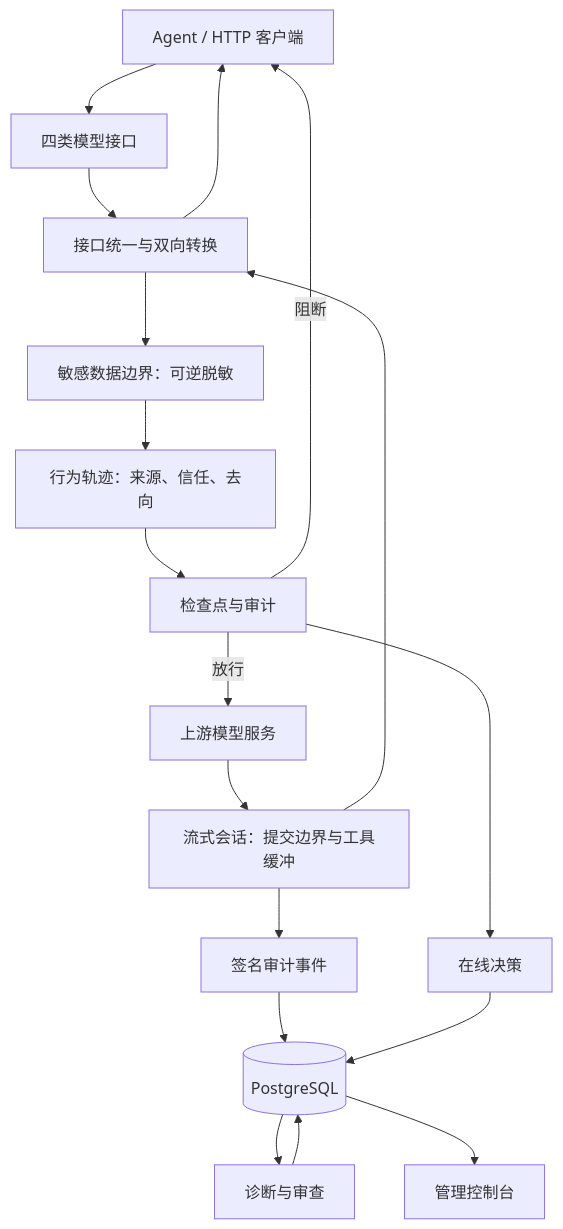
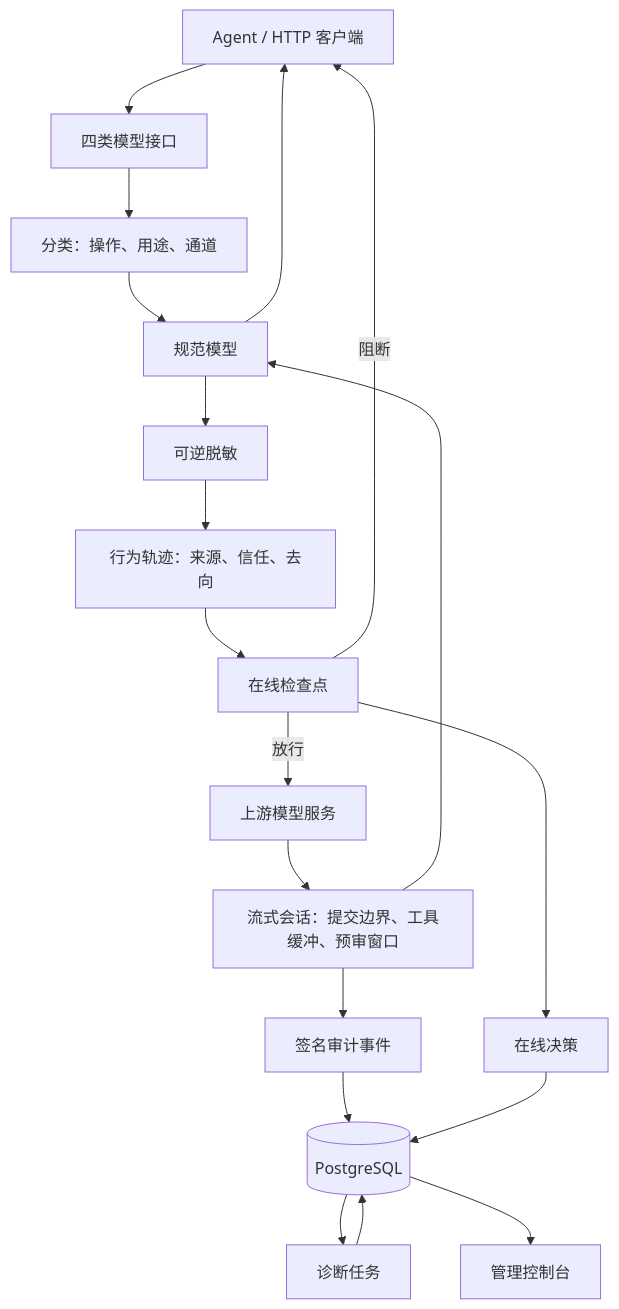
One commit to yv1ing/SafeAgent changed the diagram in README_zh.md. Above: the diagram before and after it, drawn with Mermaid. The commit also changed other lines of this file and 494 other files, not shown here.

````diff
--- a/README_zh.md
+++ b/README_zh.md
@@ -69,20 +75,21 @@
 ```mermaid
 flowchart TB
     Agent["Agent / HTTP 客户端"] --> API["四类模型接口"]
-    API --> Convert["接口统一与双向转换"]
-    Convert --> Boundary["敏感数据边界：可逆脱敏"]
+    API --> Classify["分类：操作、用途、通道"]
+    Classify --> Convert["规范模型"]
+    Convert --> Boundary["可逆脱敏"]
     Boundary --> Trace["行为轨迹：来源、信任、去向"]
-    Trace --> Review["检查点与审计"]
+    Trace --> Review["在线检查点"]
     Review -->|放行| Upstream["上游模型服务"]
     Review -->|阻断| Agent
-    Upstream --> Stream["流式会话：提交边界与工具缓冲"]
+    Upstream --> Stream["流式会话：提交边界、工具缓冲、预审窗口"]
     Stream --> Convert
     Convert --> Agent
     Stream --> Audit["签名审计事件"]
     Review --> Decisions["在线决策"]
     Audit --> DB[("PostgreSQL")]
     Decisions --> DB
-    DB --> Worker["诊断与审查"]
+    DB --> Worker["诊断任务"]
     Worker --> DB
     DB --> Console["管理控制台"]
 ```
````
